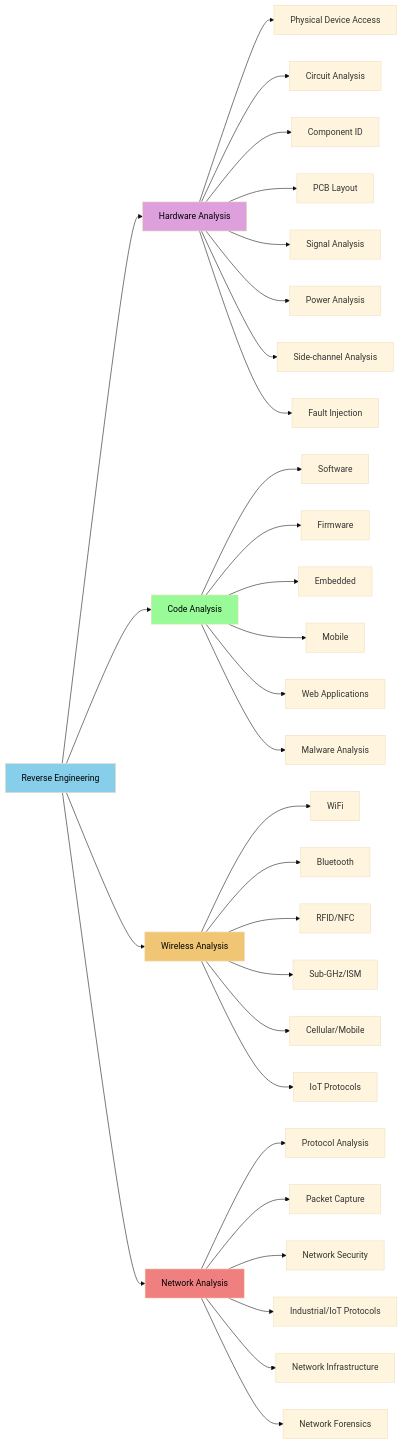
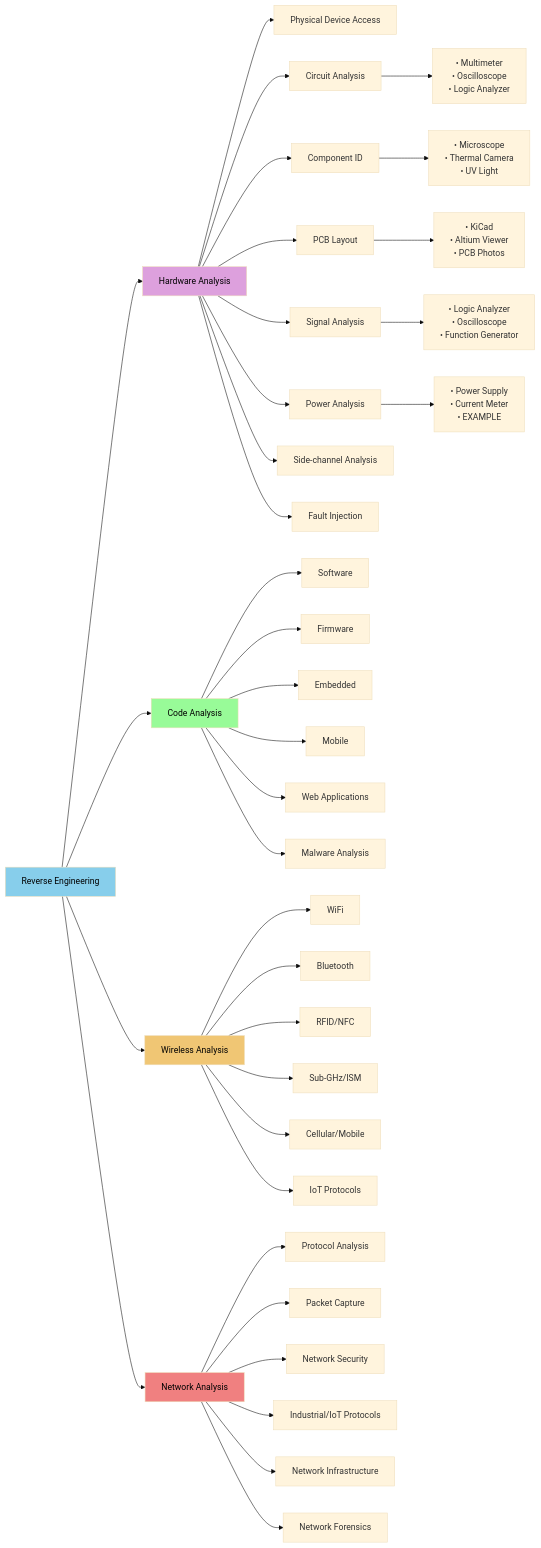
The diagram in README.md (LC-Linkous/reverse_engineering_notes), drawn with Mermaid (base theme) before and after one commit.

Commit message:
3rd layer test

```diff
--- a/README.md
+++ b/README.md
@@ -145,6 +145,17 @@
     E --> E5[Network Infrastructure]
     E --> E6[Network Forensics]
         
+
+
+    B2 --> B2a["• Multimeter<br>• Oscilloscope<br>• Logic Analyzer"]
+    B3 --> B3a["• Microscope<br>• Thermal Camera<br>• UV Light"]
+    B4 --> B4a["• KiCad<br>• Altium Viewer<br>• PCB Photos"]
+    B5 --> B5a["• Logic Analyzer<br>• Oscilloscope<br>• Function Generator"]
+    B6 --> B6a["• Power Supply<br>• Current Meter<br>• EXAMPLE"]
+
+
+
+
       
     style A fill:#87ceeb,color:#000  
     style B fill:#dda0dd,color:#000  
```
